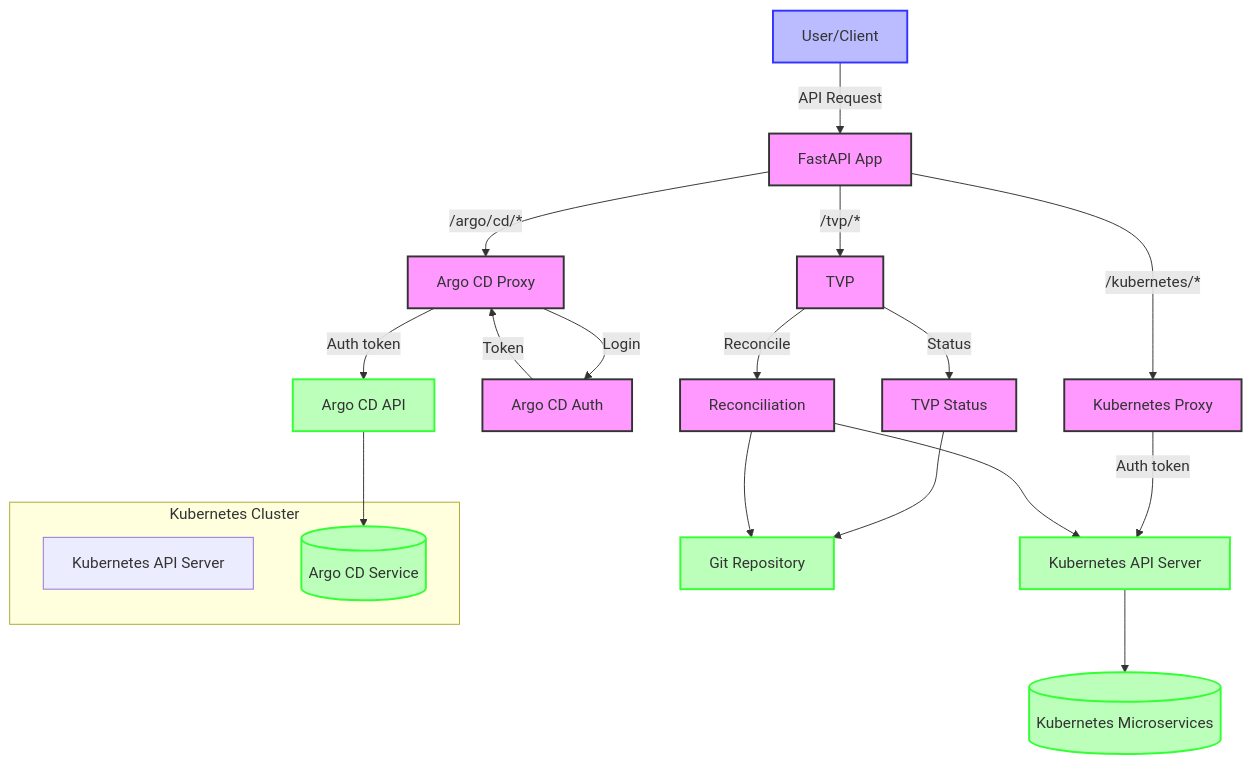
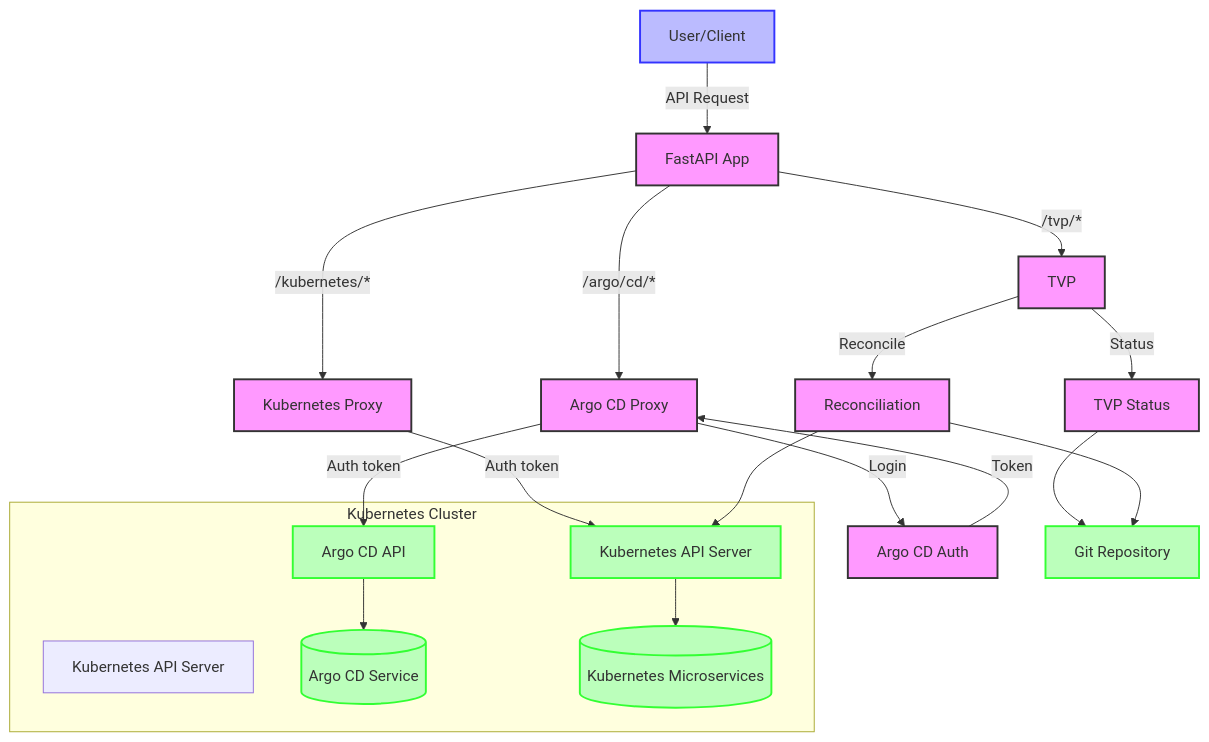
Before and after one commit to lloydchang/tvp-k8s: the diagram in fastapi/mermaid/data-flow-diagram.mermaid, drawn with Mermaid.

```diff
--- a/fastapi/mermaid/data-flow-diagram.mermaid
+++ b/fastapi/mermaid/data-flow-diagram.mermaid
@@ -1,34 +1,33 @@
 flowchart TD
     User[User/Client] -->|API Request| API[FastAPI App]
     
     API -->|/kubernetes/*| KP[Kubernetes Proxy]
     API -->|/argo/cd/*| AP[Argo CD Proxy]
     API -->|/tvp/*| TVP[TVP]
     
     KP -->|Auth token| KA[Kubernetes API Server]
     AP -->|Login| Auth[Argo CD Auth]
     Auth -->|Token| AP
     AP -->|Auth token| AA[Argo CD API]
     
     TVP -->|Status| TS[TVP Status]
     TVP -->|Reconcile| R[Reconciliation]
     
     TS --> Git[Git Repository]
     R --> Git
     R --> KA
 
     subgraph "Kubernetes Cluster"
         KubernetesAPI[Kubernetes API Server]
         ArgoCD[Argo CD]
+        KA --> Kubernetes[(Kubernetes Microservices)]
+        AA --> ArgoCD[(Argo CD Service)]
     end
-
-    KA --> Kubernetes[(Kubernetes Microservices)]
-    AA --> ArgoCD[(Argo CD Service)]
     
     classDef user fill:#bbf,stroke:#33f,stroke-width:2px
     classDef app fill:#f9f,stroke:#333,stroke-width:2px
     classDef external fill:#bfb,stroke:#3f3,stroke-width:2px
     
     class User user
     class API,KP,AP,TVP,TS,R,Auth app
     class Kubernetes,ArgoCD,Git,KA,AA external
```
